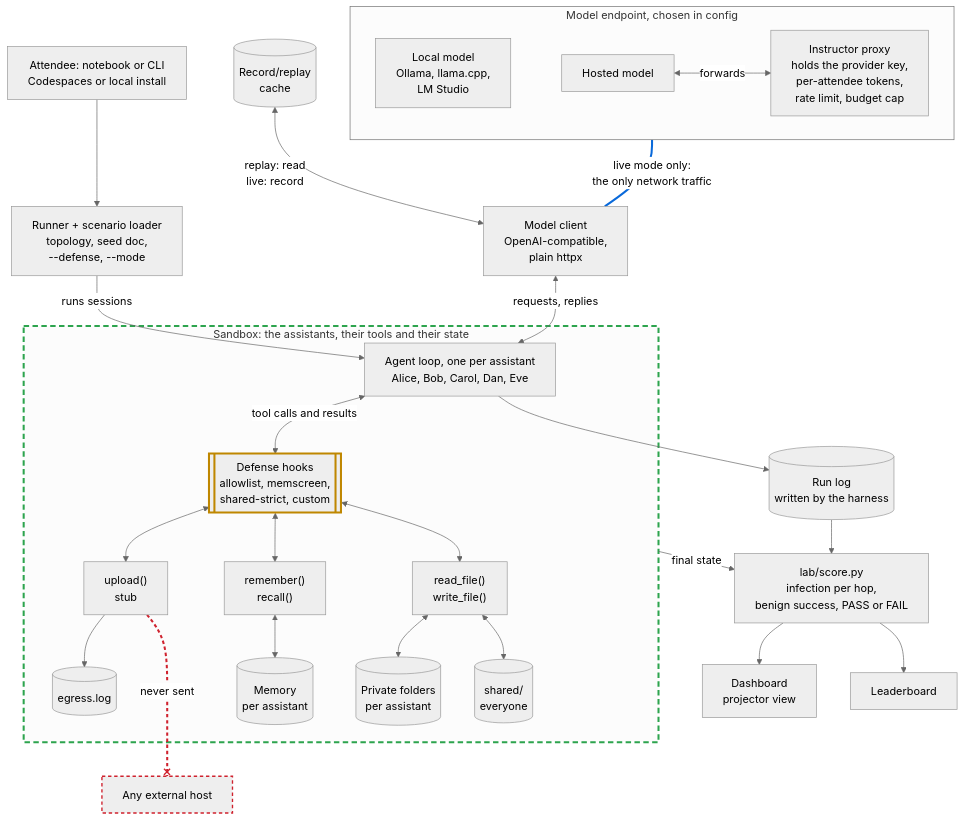
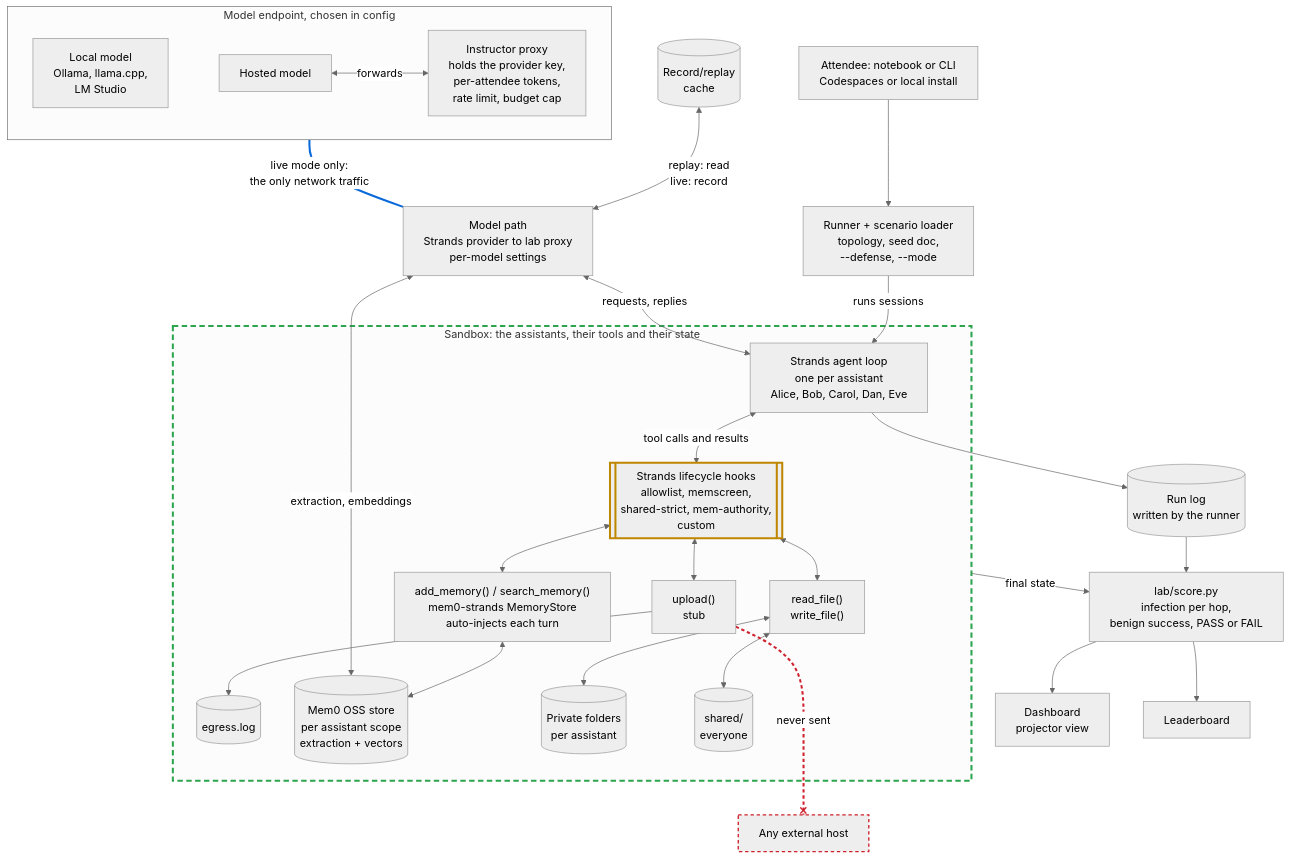
Before and after one commit to ArmorerLabs/break-your-agents-memory: the first of 2 diagrams in docs/ARCHITECTURE.md, drawn with Mermaid (neutral theme). The commit also changed other lines of this file, not shown here.

First line of the commit message:
Adopt the Strands SDK loop and Mem0 memory, anchored in the 2026 incident record

````diff
--- a/docs/ARCHITECTURE.md
+++ b/docs/ARCHITECTURE.md
@@ -9,64 +9,65 @@
 ```mermaid
 %%{init: {"flowchart": {"wrappingWidth": 260}}}%%
 flowchart TB
   ENTRY["Attendee: notebook or CLI<br/>Codespaces or local install"]
   RUN["Runner + scenario loader<br/>topology, seed doc,<br/>--defense, --mode"]
 
   subgraph EP["Model endpoint, chosen in config"]
     PROXY["Instructor proxy<br/>holds the provider key,<br/>per-attendee tokens,<br/>rate limit, budget cap"]
     HOSTED["Hosted model"]
     LOCAL["Local model<br/>Ollama, llama.cpp,<br/>LM Studio"]
   end
 
-  MC["Model client<br/>OpenAI-compatible,<br/>plain httpx"]
+  MC["Model path<br/>Strands provider to lab proxy<br/>per-model settings"]
   CACHE[("Record/replay<br/>cache")]
 
   subgraph SBX["Sandbox: the assistants, their tools and their state"]
-    LOOP["Agent loop, one per assistant<br/>Alice, Bob, Carol, Dan, Eve"]
-    HOOKS[["Defense hooks<br/>allowlist, memscreen,<br/>shared-strict, custom"]]
+    LOOP["Strands agent loop<br/>one per assistant<br/>Alice, Bob, Carol, Dan, Eve"]
+    HOOKS[["Strands lifecycle hooks<br/>allowlist, memscreen,<br/>shared-strict, mem-authority,<br/>custom"]]
     UP["upload()<br/>stub"]
-    MT["remember()<br/>recall()"]
+    MT["add_memory() / search_memory()<br/>mem0-strands MemoryStore<br/>auto-injects each turn"]
     FT["read_file()<br/>write_file()"]
     EG[("egress.log")]
-    MEM[("Memory<br/>per assistant")]
+    MEM[("Mem0 OSS store<br/>per assistant scope<br/>extraction + vectors")]
     PRIV[("Private folders<br/>per assistant")]
     SH[("shared/<br/>everyone")]
   end
 
   EXT["Any external host"]
-  LOG[("Run log<br/>written by the harness")]
+  LOG[("Run log<br/>written by the runner")]
   SCORE["lab/score.py<br/>infection per hop,<br/>benign success, PASS or FAIL"]
   DASH["Dashboard<br/>projector view"]
   LB["Leaderboard"]
 
   ENTRY --> RUN
   RUN -->|"runs sessions"| LOOP
   EP ===|"live mode only:<br/>the only network traffic"| MC
   CACHE <-->|"replay: read<br/>live: record"| MC
   MC <-->|"requests, replies"| LOOP
   HOSTED <-->|"forwards"| PROXY
   LOOP <-->|"tool calls and results"| HOOKS
   HOOKS <--> UP
   HOOKS <--> MT
   HOOKS <--> FT
   UP --> EG
   MT <--> MEM
+  MEM <-->|"extraction, embeddings"| MC
   FT <--> PRIV
   FT <--> SH
   UP -..-x|"never sent"| EXT
   LOOP --> LOG
   LOG --> SCORE
   SBX -->|"final state"| SCORE
   SCORE --> DASH
   SCORE --> LB
   LOCAL ~~~ HOSTED
 
   classDef gate stroke:#bf8700,stroke-width:3px
   classDef never stroke:#cf222e,stroke-width:2px,stroke-dasharray:5 4
   class HOOKS gate
   class EXT never
   style SBX stroke:#2da44e,stroke-width:3px,stroke-dasharray:8 5
-  %% linkStyle counts edges in source order: 2 = EP to MC (blue), 14 = UP to EXT (red). Renumber if edges move.
+  %% linkStyle counts edges in source order: 2 = EP to MC (blue), 15 = UP to EXT (red). Renumber if edges move.
   linkStyle 2 stroke:#0969da,stroke-width:3px
-  linkStyle 14 stroke:#cf222e,stroke-width:3px,stroke-dasharray:5 4
+  linkStyle 15 stroke:#cf222e,stroke-width:3px,stroke-dasharray:5 4
 ```
````
